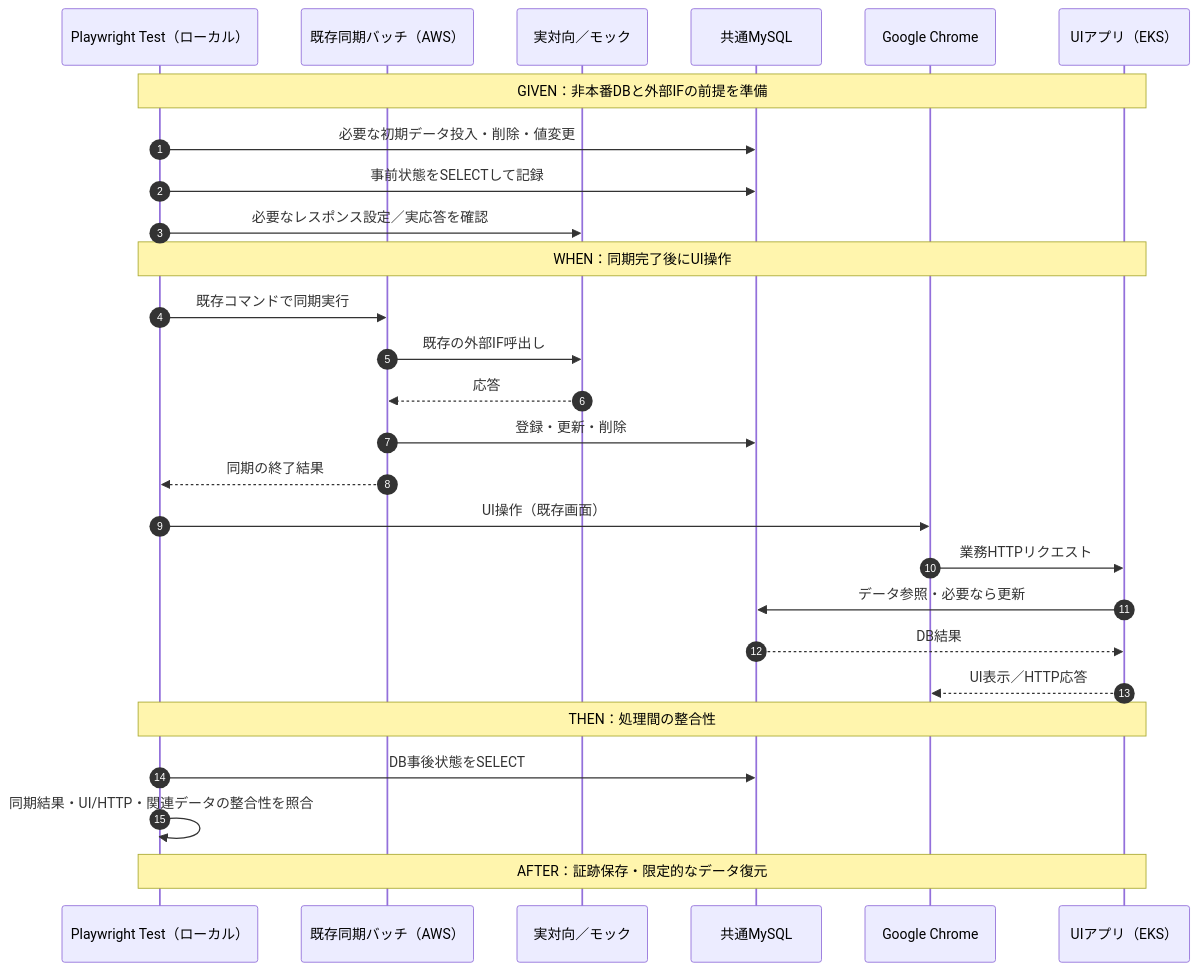
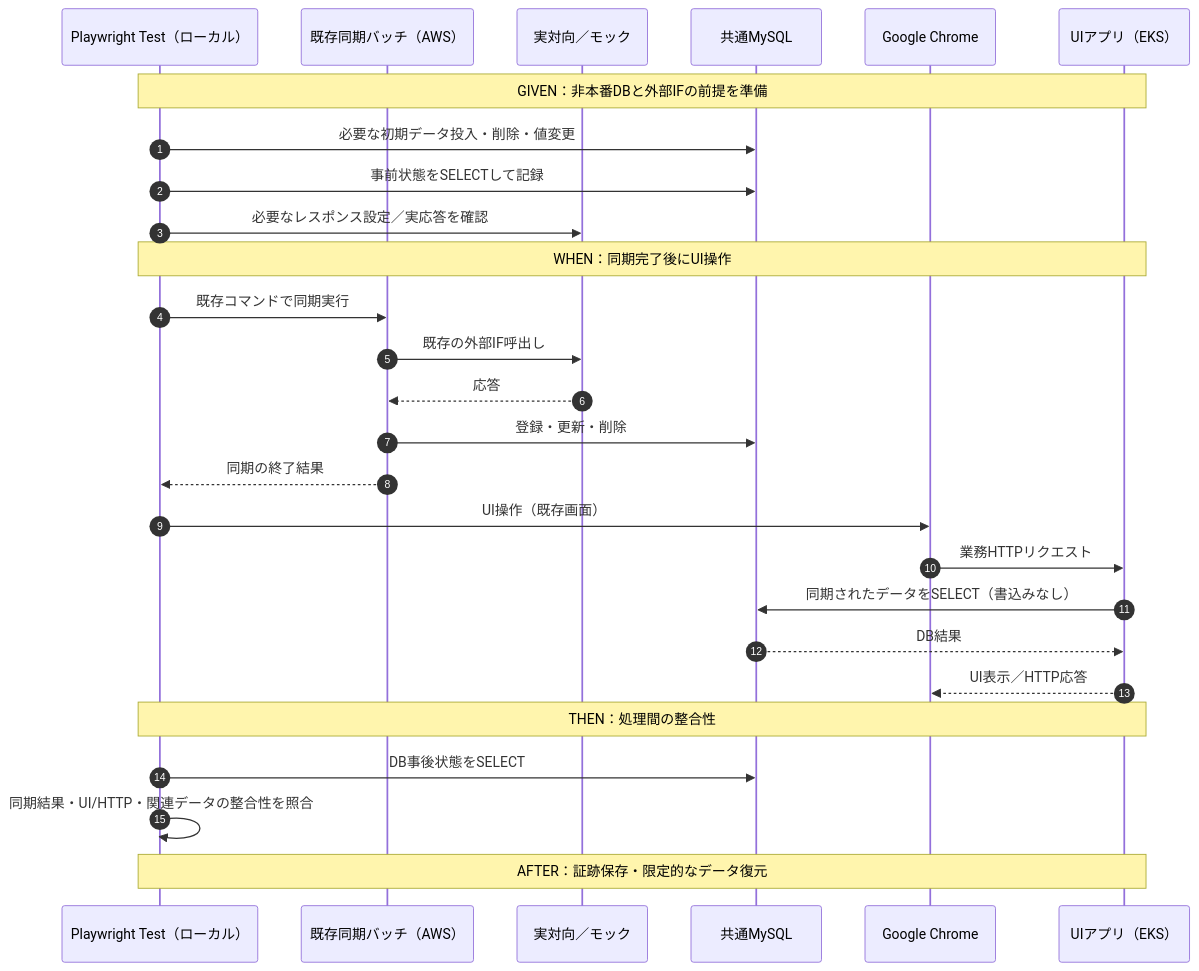
One commit to Takahiro-Kaji/playwright-demo changed the first of 3 diagrams in docs/cross-feature-system-scenarios.md. Above: the diagram before and after it, drawn with Mermaid. The commit also changed other lines of this file, not shown here.

````diff
--- a/docs/cross-feature-system-scenarios.md
+++ b/docs/cross-feature-system-scenarios.md
@@ -59,30 +59,30 @@
 ```mermaid
 sequenceDiagram
     autonumber
     participant T as Playwright Test（ローカル）
     participant S as 既存同期バッチ（AWS）
     participant U as 実対向／モック
     participant D as 共通MySQL
     participant C as Google Chrome
     participant A as UIアプリ（EKS）
 
     Note over T,A: GIVEN：非本番DBと外部IFの前提を準備
     T->>D: 必要な初期データ投入・削除・値変更
     T->>D: 事前状態をSELECTして記録
     T->>U: 必要なレスポンス設定／実応答を確認
     Note over T,A: WHEN：同期完了後にUI操作
     T->>S: 既存コマンドで同期実行
     S->>U: 既存の外部IF呼出し
     U-->>S: 応答
     S->>D: 登録・更新・削除
     S-->>T: 同期の終了結果
     T->>C: UI操作（既存画面）
     C->>A: 業務HTTPリクエスト
-    A->>D: データ参照・必要なら更新
+    A->>D: 同期されたデータをSELECT（書込みなし）
     D-->>A: DB結果
     A-->>C: UI表示／HTTP応答
     Note over T,A: THEN：処理間の整合性
     T->>D: DB事後状態をSELECT
     T->>T: 同期結果・UI/HTTP・関連データの整合性を照合
     Note over T,A: AFTER：証跡保存・限定的なデータ復元
 ```
````
